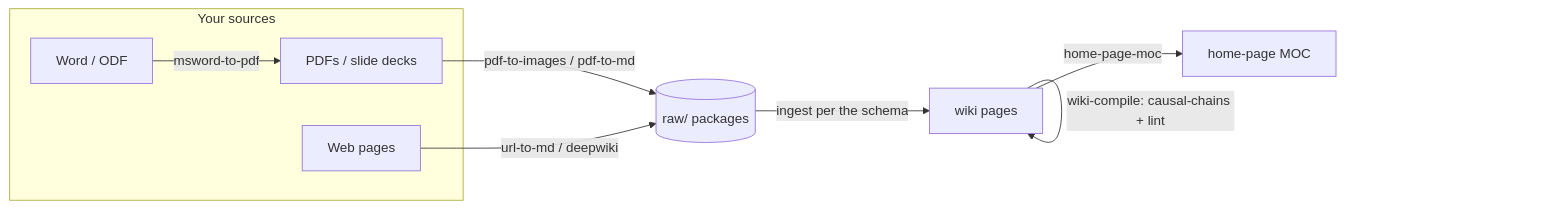
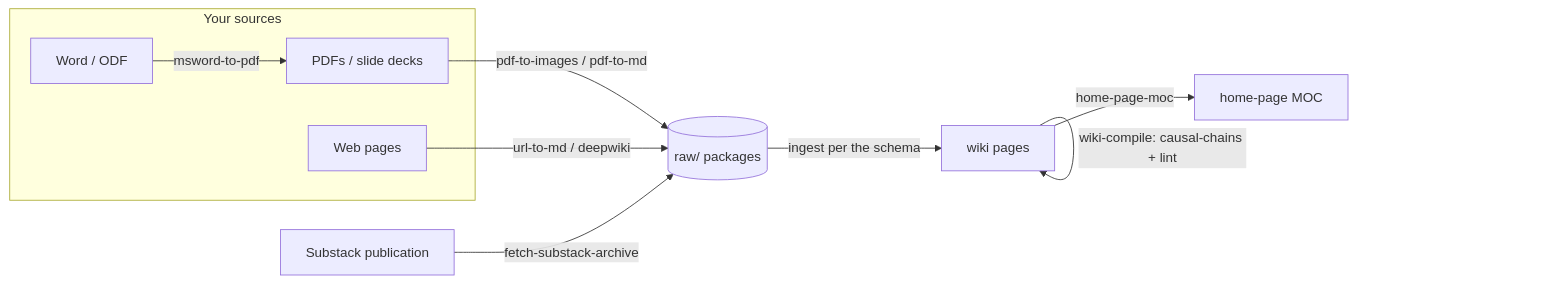
The diagram in README.md (hmbseaotter/llm-wiki-toolkit), drawn with Mermaid before and after one commit. The commit also changed other lines of this file and 3 other files, not shown here.

First line of the commit message:
Add /fetch-substack-archive skill

````diff
--- a/README.md
+++ b/README.md
@@ -27,12 +27,13 @@
 ```mermaid
 flowchart LR
   subgraph SRC[Your sources]
     A[PDFs / slide decks] & B[Word / ODF] & C[Web pages]
   end
   A -->|pdf-to-images / pdf-to-md| R[(raw/ packages)]
   B -->|msword-to-pdf| A
   C -->|url-to-md / deepwiki| R
+  S[Substack publication] -->|fetch-substack-archive| R
   R -->|ingest per the schema| W[wiki pages]
   W -->|wiki-compile: causal-chains + lint| W
   W -->|home-page-moc| MOC[home-page MOC]
 ```
````
